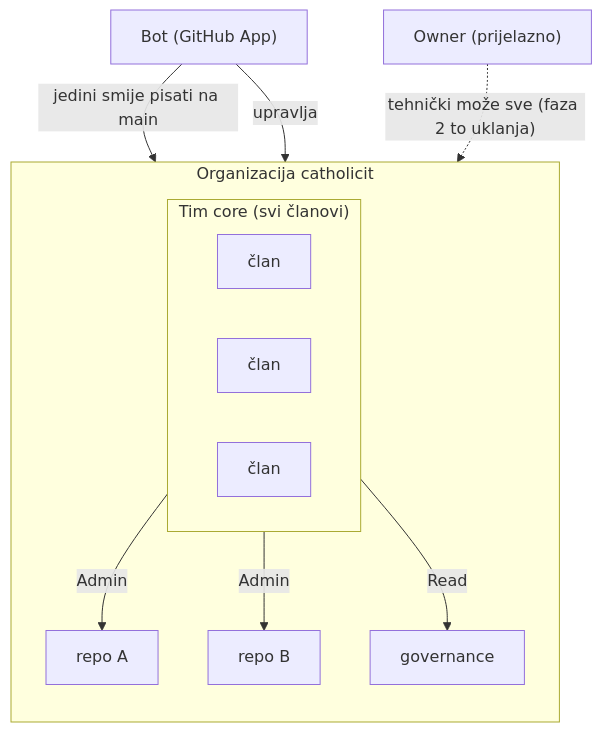
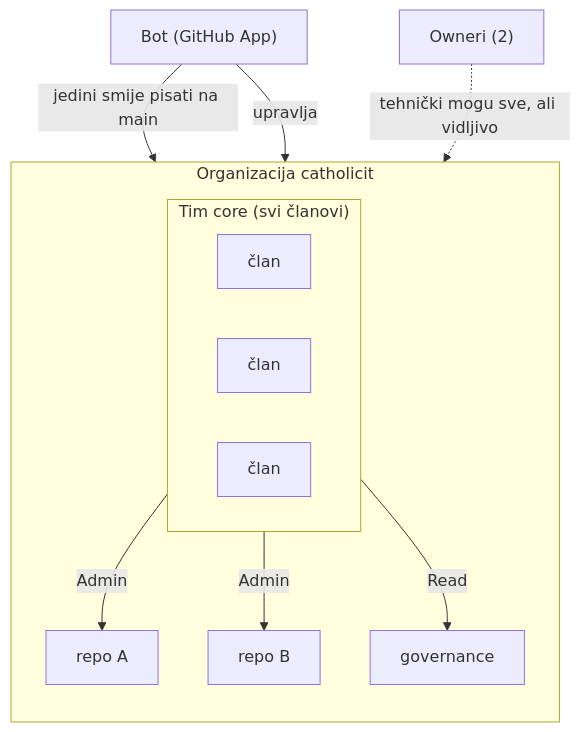
The second of 14 diagrams in docs/arhitektura.md (catholicit/governance), drawn with Mermaid before and after one commit. The commit also changed other lines of this file and 11 other files, not shown here.

````diff
--- a/docs/arhitektura.md
+++ b/docs/arhitektura.md
@@ -54,23 +54,23 @@
 ```mermaid
 flowchart TB
     subgraph org["Organizacija catholicit"]
         direction TB
         subgraph core["Tim core (svi članovi)"]
             M1["član"]
             M2["član"]
             M3["član"]
         end
         R1["repo A"]
         R2["repo B"]
         GOV["governance"]
     end
     APP["Bot (GitHub App)"]
-    OWN["Owner (prijelazno)"]
+    OWN["Owneri (2)"]
 
     core -- "Admin" --> R1
     core -- "Admin" --> R2
     core -- "Read" --> GOV
     APP -- "jedini smije pisati na main" --> GOV
     APP -- "upravlja" --> core
-    OWN -. "tehnički može sve (faza 2 to uklanja)" .-> org
+    OWN -. "tehnički mogu sve, ali vidljivo" .-> org
 ```
````
